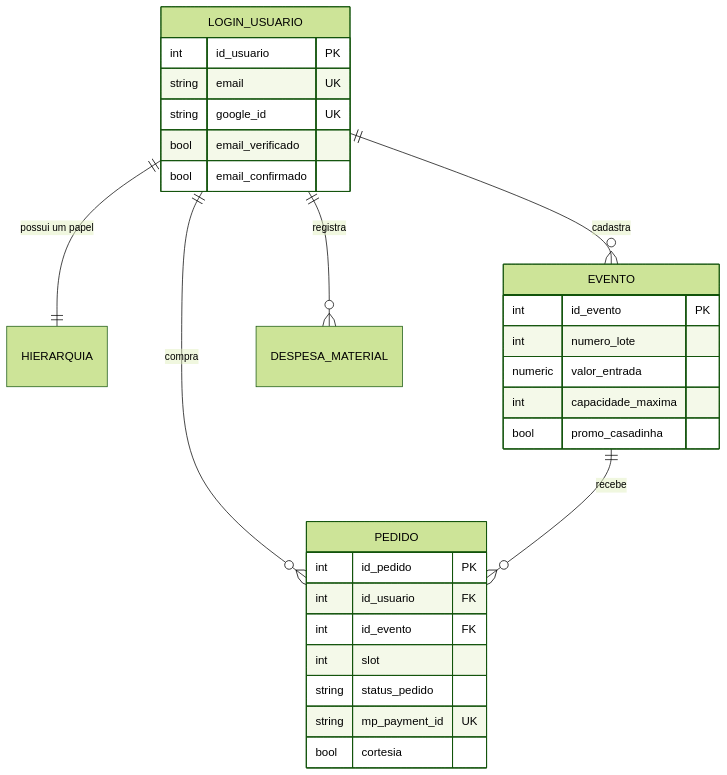
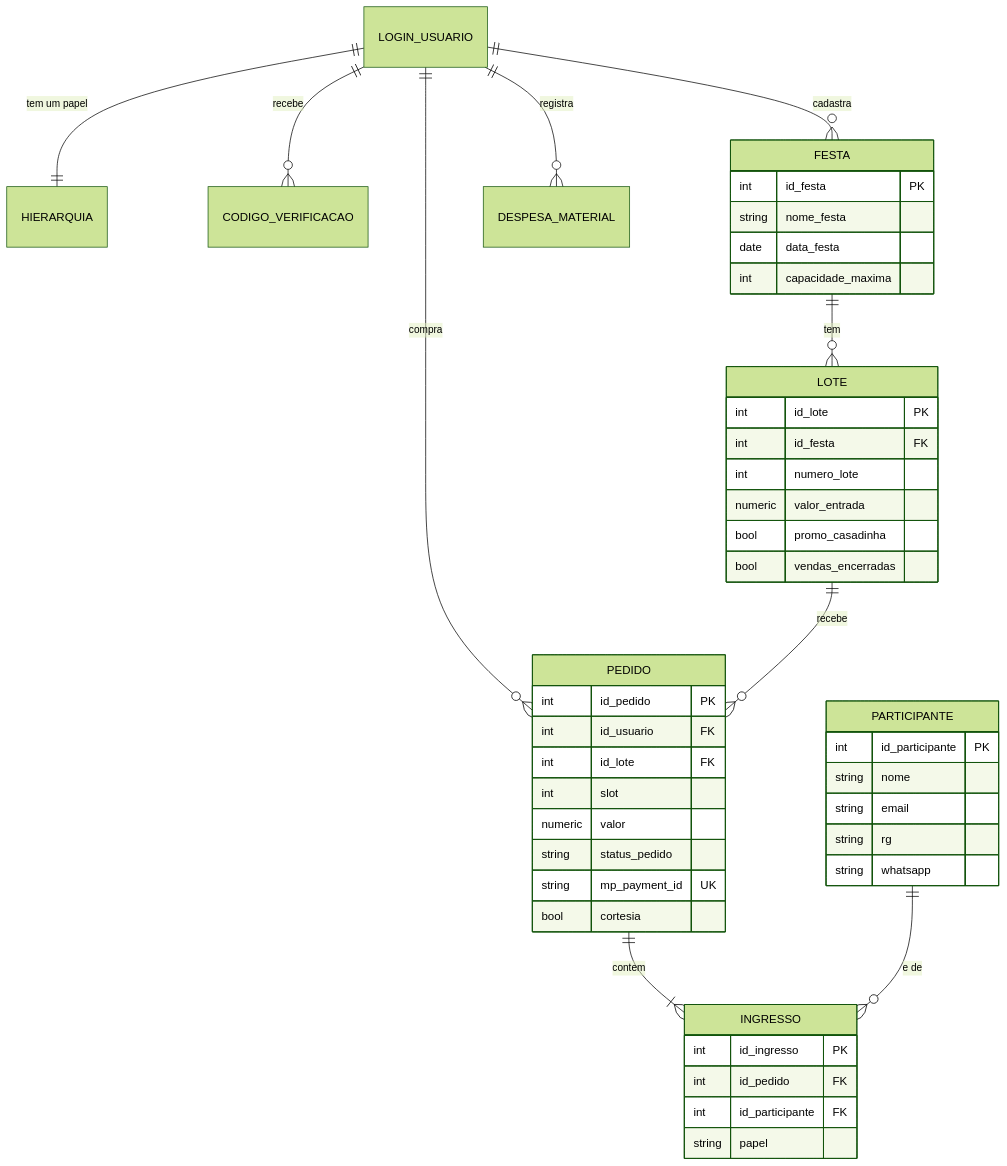
One commit to gustavofcss/back-to-halloween changed the third of 3 diagrams in docs/ARQUITETURA.md. Above: the diagram before and after it, drawn with Mermaid (forest theme). The commit also changed other lines of this file and 22 other files, not shown here.

````diff
--- a/docs/ARQUITETURA.md
+++ b/docs/ARQUITETURA.md
@@ -93,32 +97,50 @@
 ```mermaid
 erDiagram
-    LOGIN_USUARIO ||--|| HIERARQUIA : "possui um papel"
+    LOGIN_USUARIO ||--|| HIERARQUIA : "tem um papel"
+    LOGIN_USUARIO ||--o{ CODIGO_VERIFICACAO : recebe
     LOGIN_USUARIO ||--o{ PEDIDO : compra
-    LOGIN_USUARIO ||--o{ EVENTO : cadastra
+    LOGIN_USUARIO ||--o{ FESTA : cadastra
     LOGIN_USUARIO ||--o{ DESPESA_MATERIAL : registra
-    EVENTO ||--o{ PEDIDO : recebe
+    FESTA ||--o{ LOTE : tem
+    LOTE ||--o{ PEDIDO : recebe
+    PEDIDO ||--|{ INGRESSO : contem
+    PARTICIPANTE ||--o{ INGRESSO : "e de"
 
-    LOGIN_USUARIO {
-        int id_usuario PK
-        string email UK
-        string google_id UK
-        bool email_verificado
-        bool email_confirmado
+    FESTA {
+        int id_festa PK
+        string nome_festa
+        date data_festa
+        int capacidade_maxima
     }
-    EVENTO {
-        int id_evento PK
+    LOTE {
+        int id_lote PK
+        int id_festa FK
         int numero_lote
         numeric valor_entrada
-        int capacidade_maxima
         bool promo_casadinha
+        bool vendas_encerradas
     }
     PEDIDO {
         int id_pedido PK
         int id_usuario FK
-        int id_evento FK
+        int id_lote FK
         int slot
+        numeric valor
         string status_pedido
         string mp_payment_id UK
         bool cortesia
     }
+    INGRESSO {
+        int id_ingresso PK
+        int id_pedido FK
+        int id_participante FK
+        string papel
+    }
+    PARTICIPANTE {
+        int id_participante PK
+        string nome
+        string email
+        string rg
+        string whatsapp
+    }
 ```
````
